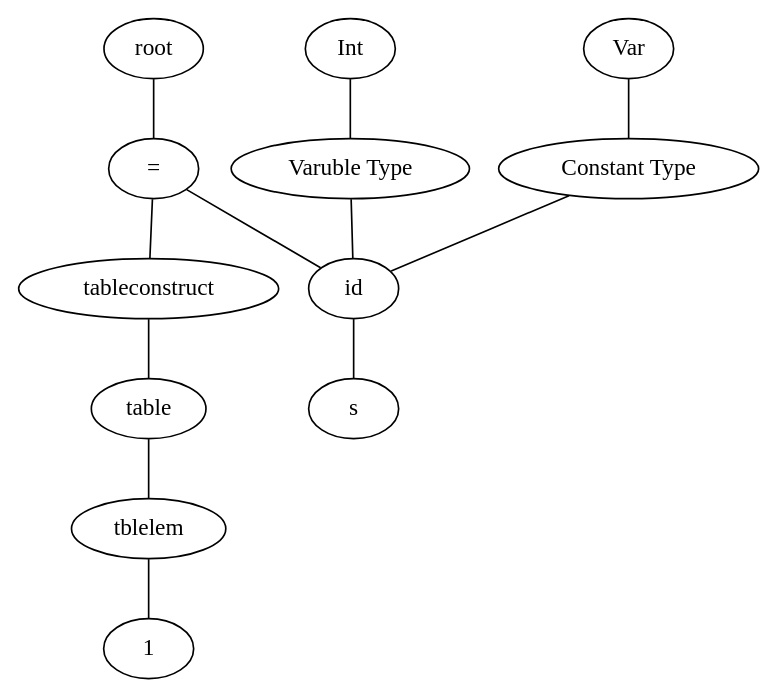
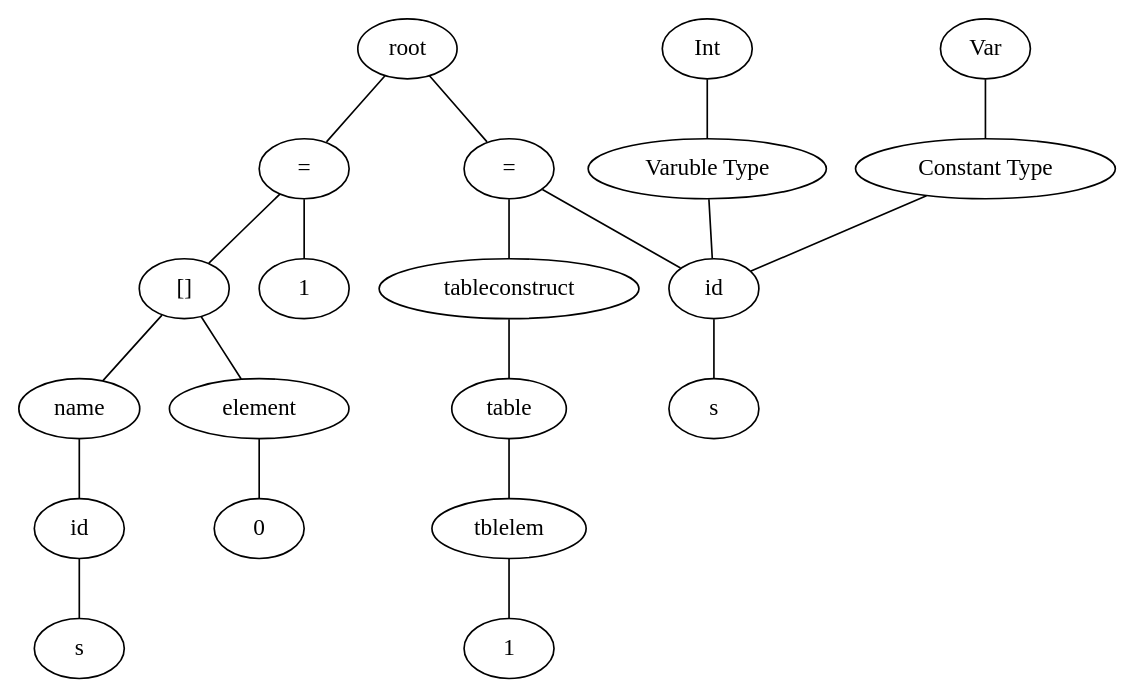
Before and after one commit to TAIIOK/SwiftCompilerToJavaByteCode: the diagram in build/file.dot, drawn with Graphviz. The commit also changed 7 other files, not shown here.

```diff
--- a/build/file.dot
+++ b/build/file.dot
@@ -1,25 +1,41 @@
 graph graphname {
 root;
 assign0[label = "="];
 root--assign0;
 expr0[label = "id"];
 assign0--expr0;
 type0[label = "Varuble Type"];
 type0--expr0;
 type1[label = "Int"];
 type1--type0;
 consttype0[label = "Constant Type"];
 consttype0--expr0;
 consttype1[label = "Var"];
 consttype1--consttype0;
 expr1[label = "s"];
 expr0--expr1;
 expr2[label = "tableconstruct"];
 assign0--expr2;
 table0[label = "table"];
 expr2--table0;
 table00[label = "tblelem"];
 table0--table00;
 expr3[label = "1"];
 table00--expr3;
+assign1[label = "="];
+root--assign1;
+expr4[label = "[]"];
+assign1--expr4;
+expr4name[label = "name"];
+expr5[label = "id"];
+expr4name--expr5;
+expr6[label = "s"];
+expr5--expr6;
+expr4--expr4name;
+expr4args[label = " element "];
+expr4 -- expr4args;
+expr7[label = "0"];
+expr4args--expr7;
+expr8[label = "1"];
+assign1--expr8;
 }
```
